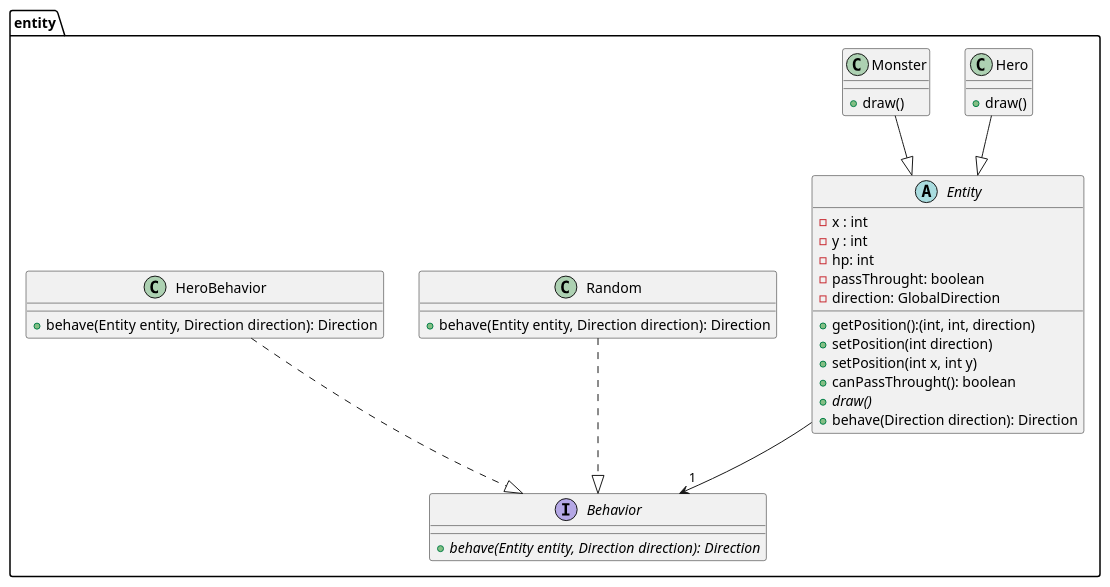
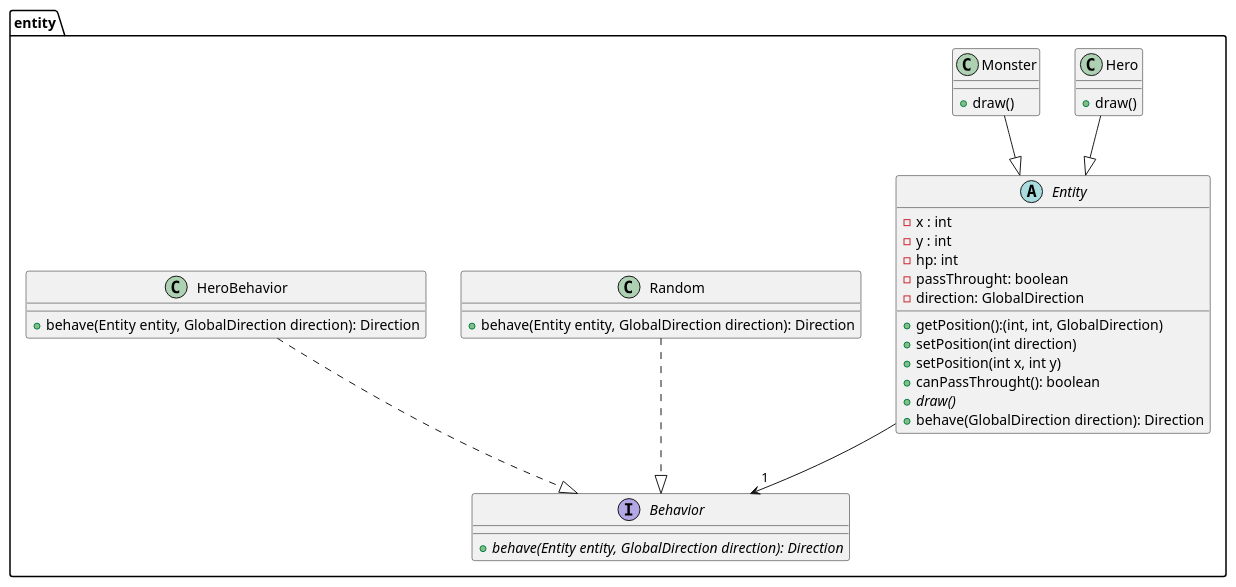
One commit to Reynault/ACL_2019_Zelpop changed the diagram in doc/first_sprint/diagrams/puml/class/character.puml. Above: the diagram before and after it, drawn with PlantUML. The commit also changed 3 other files, not shown here.

Commit message:
First sprint : update diagrams.

```diff
--- a/doc/first_sprint/diagrams/puml/class/character.puml
+++ b/doc/first_sprint/diagrams/puml/class/character.puml
@@ -1,47 +1,47 @@
 @startuml
 
 package entity{
 
     abstract Entity{
         - x : int
         - y : int
         - hp: int
         - passThrought: boolean
         - direction: GlobalDirection
-        + getPosition():(int, int, direction)
+        + getPosition():(int, int, GlobalDirection)
         + setPosition(int direction)
         + setPosition(int x, int y)
         + canPassThrought(): boolean
         + {abstract} draw()
-        + behave(Direction direction): Direction
+        + behave(GlobalDirection direction): Direction
     }
 
     class Hero {
         + draw()
     }
 
     class Monster{
         + draw()
     }
 
     interface Behavior{
-        + {abstract} behave(Entity entity, Direction direction): Direction
+        + {abstract} behave(Entity entity, GlobalDirection direction): Direction
     }
 
     class Random{
-        + behave(Entity entity, Direction direction): Direction
+        + behave(Entity entity, GlobalDirection direction): Direction
     }
 
     class HeroBehavior{
-        + behave(Entity entity, Direction direction): Direction
+        + behave(Entity entity, GlobalDirection direction): Direction
     }
 
 }
 
 Hero --|> Entity
 Monster --|> Entity
 Entity --> "1" Behavior
 HeroBehavior ..|> Behavior
 Random ..|> Behavior
 
 @enduml
```
